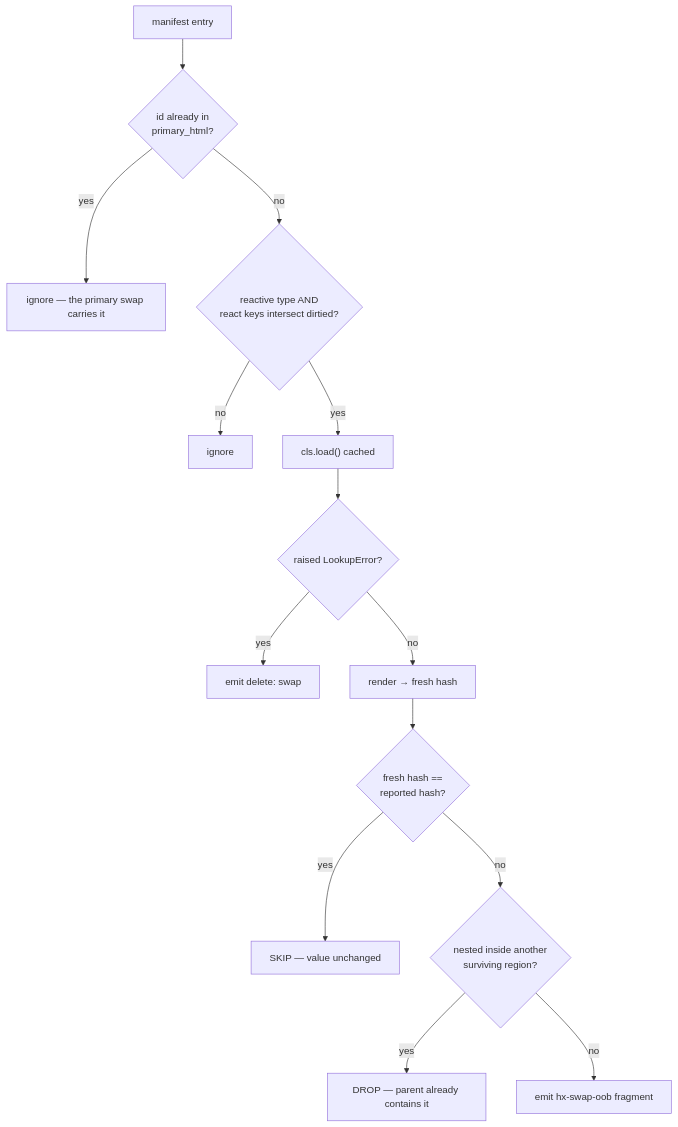
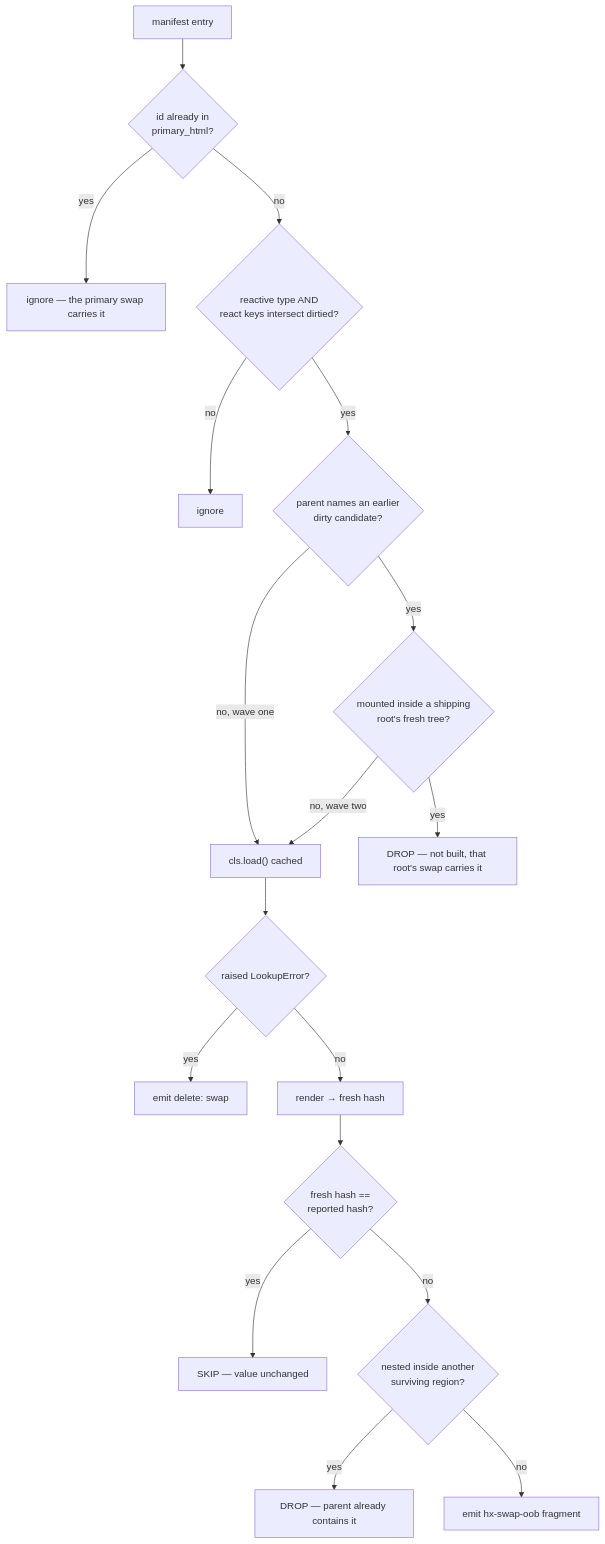
One commit to paulomtts/pyjinhx changed the second of 2 diagrams in docs/reactivity.md. Above: the diagram before and after it, drawn with Mermaid. The commit also changed other lines of this file and 8 other files, not shown here.

````diff
--- a/docs/reactivity.md
+++ b/docs/reactivity.md
@@ -830,16 +835,20 @@
 ```mermaid
 flowchart TD
     M["manifest entry"] --> EX{"id already in<br/>primary_html?"}
     EX -->|yes| X2["ignore — the primary swap carries it"]
     EX -->|no| F{"reactive type AND<br/>react keys intersect dirtied?"}
     F -->|no| X1["ignore"]
-    F -->|yes| LOAD["cls.load() cached"]
+    F -->|yes| DEF{"parent names an earlier<br/>dirty candidate?"}
+    DEF -->|no, wave one| LOAD["cls.load() cached"]
+    DEF -->|yes| PRV{"mounted inside a shipping<br/>root's fresh tree?"}
+    PRV -->|yes| X5["DROP — not built, that root's swap carries it"]
+    PRV -->|no, wave two| LOAD
     LOAD --> ERR{"raised LookupError?"}
     ERR -->|yes| DEL["emit delete: swap"]
     ERR -->|no| REN["render → fresh hash"]
     REN --> GATE{"fresh hash ==<br/>reported hash?"}
     GATE -->|yes| X3["SKIP — value unchanged"]
     GATE -->|no| DED{"nested inside another<br/>surviving region?"}
     DED -->|yes| X4["DROP — parent already contains it"]
     DED -->|no| EMIT["emit hx-swap-oob fragment"]
 ```
````
